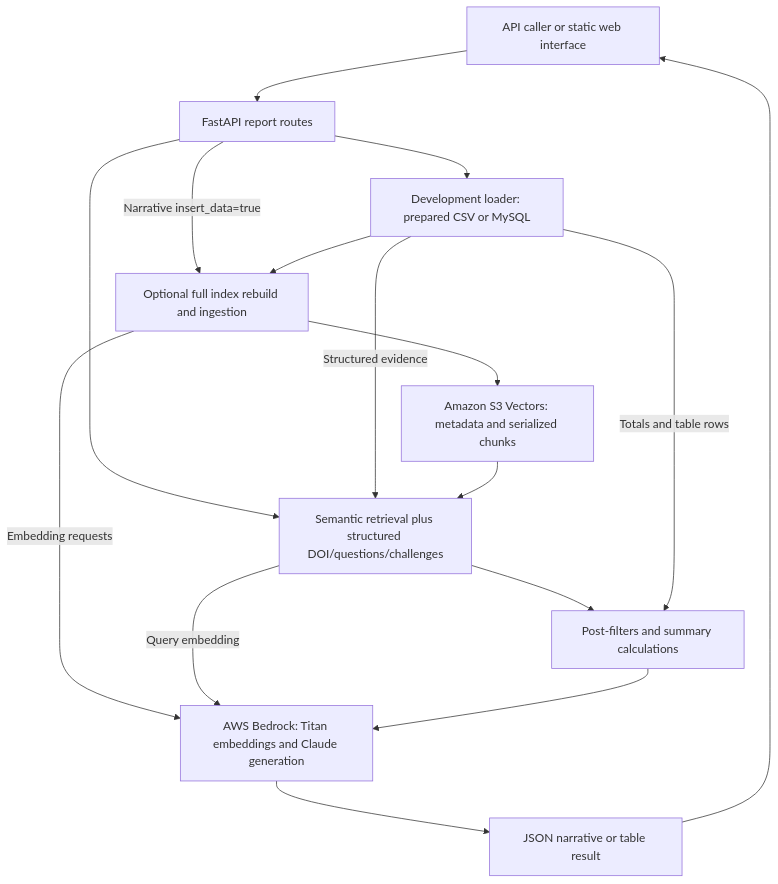
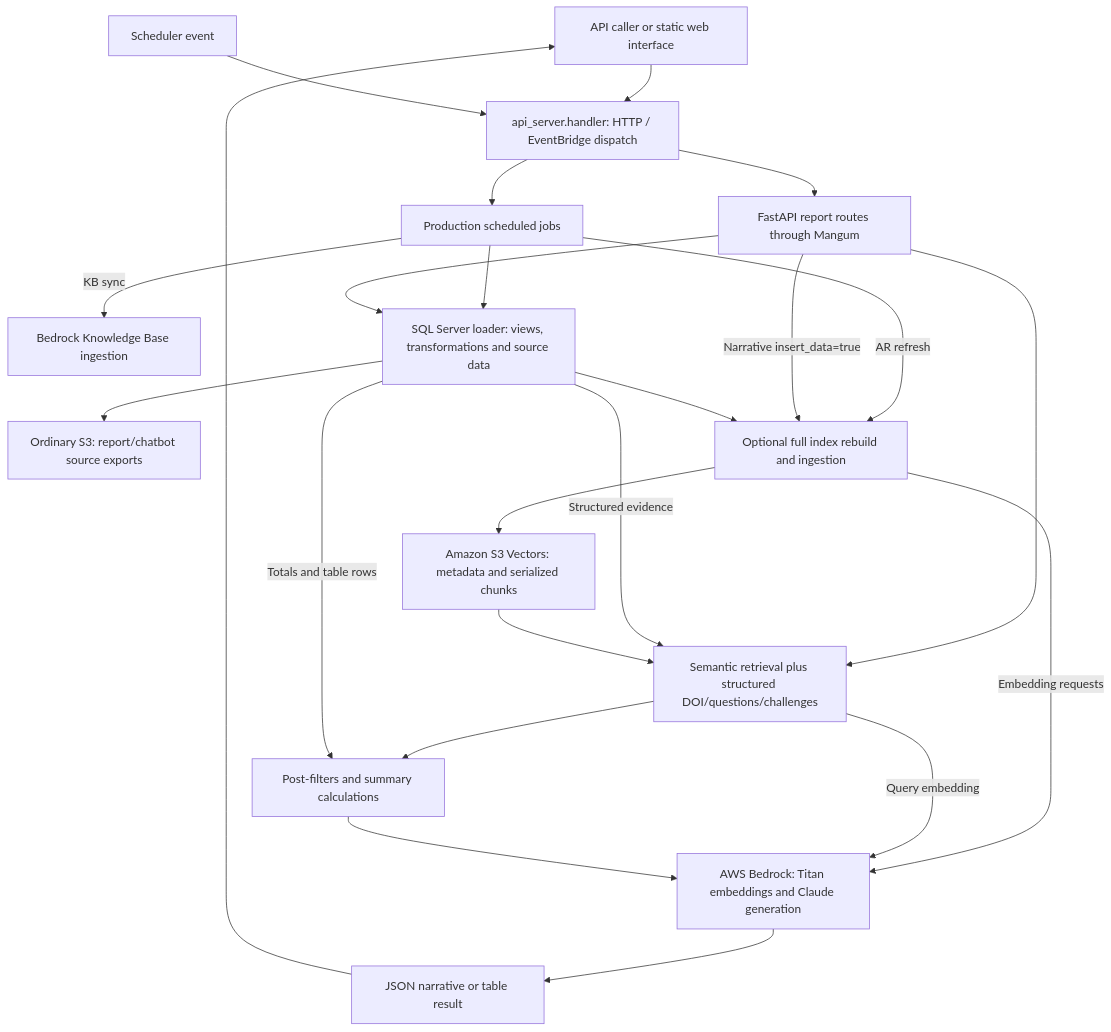
Before and after one commit to AllianceBioversityCIAT/ai-services: the diagram in ar-generator-service/README.md, drawn with Mermaid. The commit also changed other lines of this file and 9 other files, not shown here.

Commit message:
📝 docs(ar-generator): align guides with production Lambda and SQL Server

````diff
--- a/ar-generator-service/README.md
+++ b/ar-generator-service/README.md
@@ -131,24 +125,34 @@
 ```mermaid
 flowchart TB
     Caller["API caller or static web interface"]
-    API["FastAPI report routes"]
-    Data["Development loader: prepared CSV or MySQL"]
+    Handler["api_server.handler: HTTP / EventBridge dispatch"]
+    Scheduler["Scheduler event"]
+    Jobs["Production scheduled jobs"]
+    KB["Bedrock Knowledge Base ingestion"]
+    API["FastAPI report routes through Mangum"]
+    Data["SQL Server loader: views, transformations and source data"]
+    Exports["Ordinary S3: report/chatbot source exports"]
     Rebuild["Optional full index rebuild and ingestion"]
     Vectors["Amazon S3 Vectors: metadata and serialized chunks"]
     Retrieval["Semantic retrieval plus structured DOI/questions/challenges"]
     Filters["Post-filters and summary calculations"]
     Model["AWS Bedrock: Titan embeddings and Claude generation"]
     Output["JSON narrative or table result"]
 
-    Caller --> API
+    Caller --> Handler --> API
+    Scheduler --> Handler --> Jobs
+    Jobs --> Data
+    Jobs -->|"AR refresh"| Rebuild
+    Jobs -->|"KB sync"| KB
     API --> Data
+    Data --> Exports
     API -->|"Narrative insert_data=true"| Rebuild
     Data --> Rebuild --> Vectors
     Rebuild -->|"Embedding requests"| Model
     API --> Retrieval
     Data -->|"Structured evidence"| Retrieval
     Retrieval -->|"Query embedding"| Model
     Vectors --> Retrieval --> Filters
     Data -->|"Totals and table rows"| Filters
     Filters --> Model --> Output --> Caller
 ```
````
